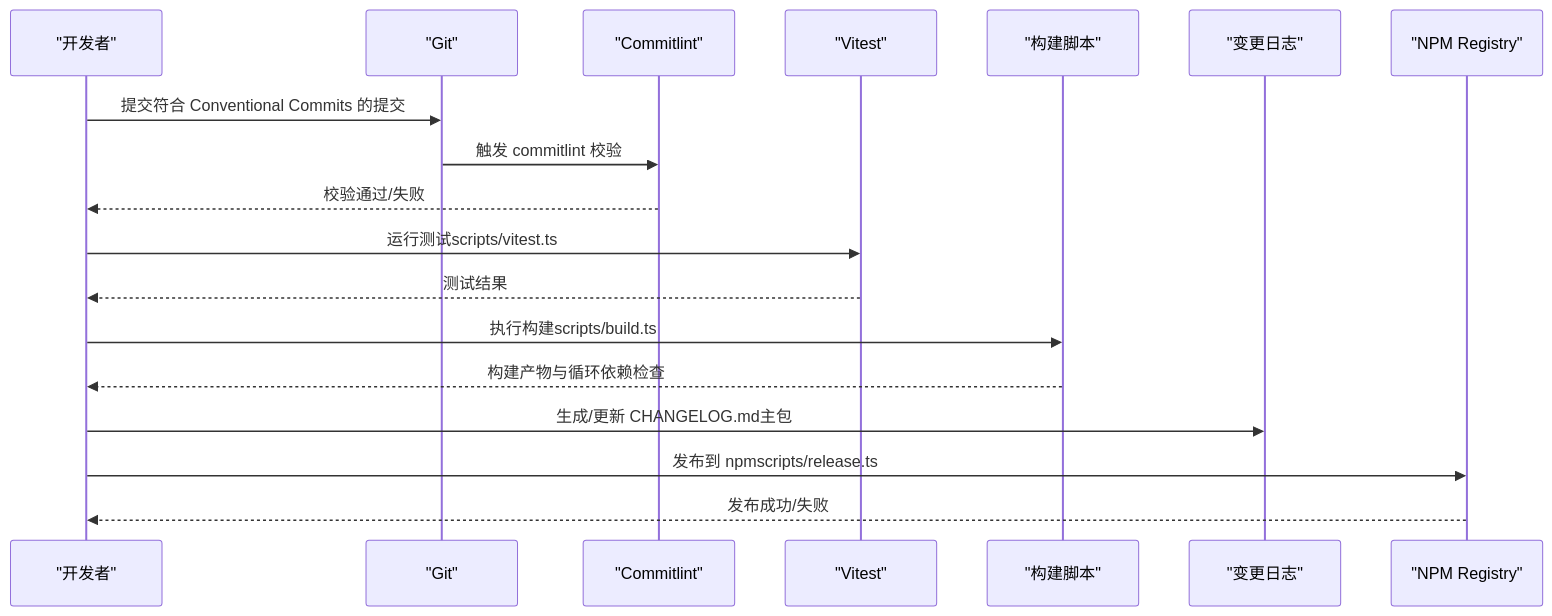
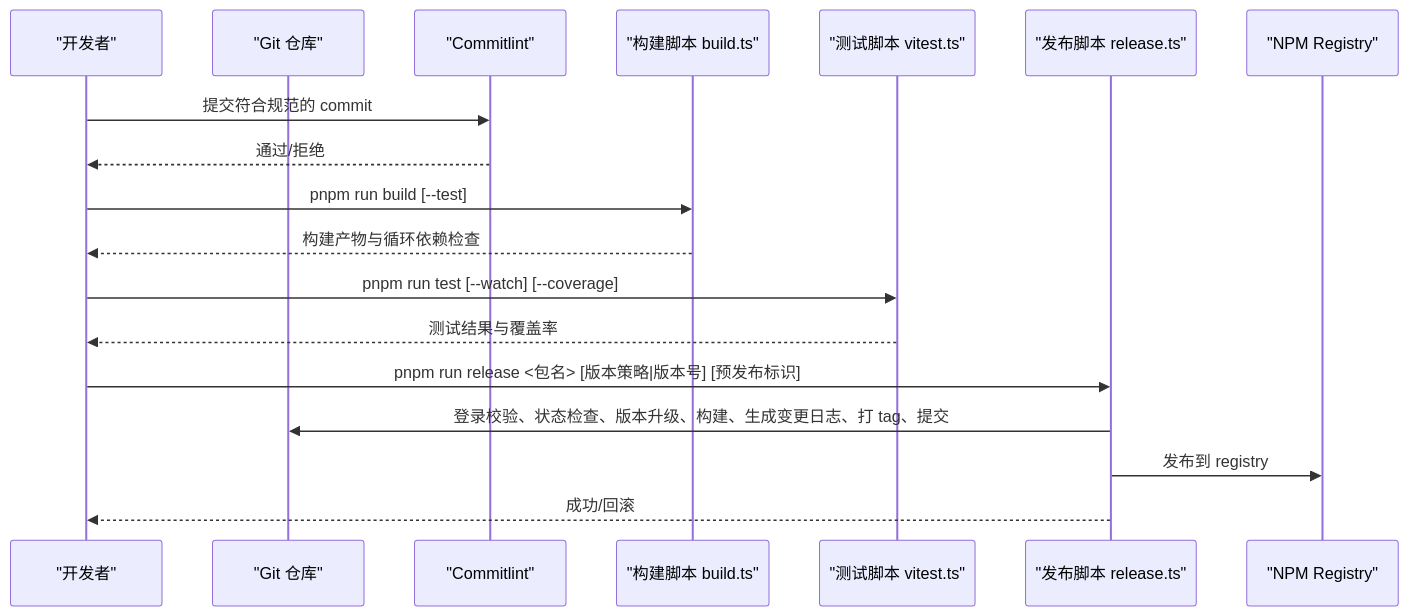
The second of 5 diagrams in .qoder/repowiki/zh/content/贡献指南.md (vitarx-lib/core), drawn with Mermaid before and after one commit. The commit also changed other lines of this file and 62 other files, not shown here.

````diff
--- a/.qoder/repowiki/zh/content/贡献指南.md
+++ b/.qoder/repowiki/zh/content/贡献指南.md
@@ -82,20 +83,20 @@
 ```mermaid
 sequenceDiagram
 participant Dev as "开发者"
-participant Git as "Git"
+participant Git as "Git 仓库"
 participant Lint as "Commitlint"
-participant Test as "Vitest"
-participant Build as "构建脚本"
-participant Changelog as "变更日志"
+participant Build as "构建脚本 build.ts"
+participant Test as "测试脚本 vitest.ts"
+participant Release as "发布脚本 release.ts"
 participant NPM as "NPM Registry"
-Dev->>Git : 提交符合 Conventional Commits 的提交
-Git->>Lint : 触发 commitlint 校验
-Lint-->>Dev : 校验通过/失败
-Dev->>Test : 运行测试scripts/vitest.ts
-Test-->>Dev : 测试结果
-Dev->>Build : 执行构建scripts/build.ts
+Dev->>Lint : 提交符合规范的 commit
+Lint-->>Dev : 通过/拒绝
+Dev->>Build : pnpm run build [--test]
 Build-->>Dev : 构建产物与循环依赖检查
-Dev->>Changelog : 生成/更新 CHANGELOG.md主包
-Dev->>NPM : 发布到 npmscripts/release.ts
-NPM-->>Dev : 发布成功/失败
+Dev->>Test : pnpm run test [--watch] [--coverage]
+Test-->>Dev : 测试结果与覆盖率
+Dev->>Release : pnpm run release <包名> [版本策略|版本号] [预发布标识]
+Release->>Git : 登录校验、状态检查、版本升级、构建、生成变更日志、打 tag、提交
+Release->>NPM : 发布到 registry
+Release-->>Dev : 成功/回滚
 ```
````
